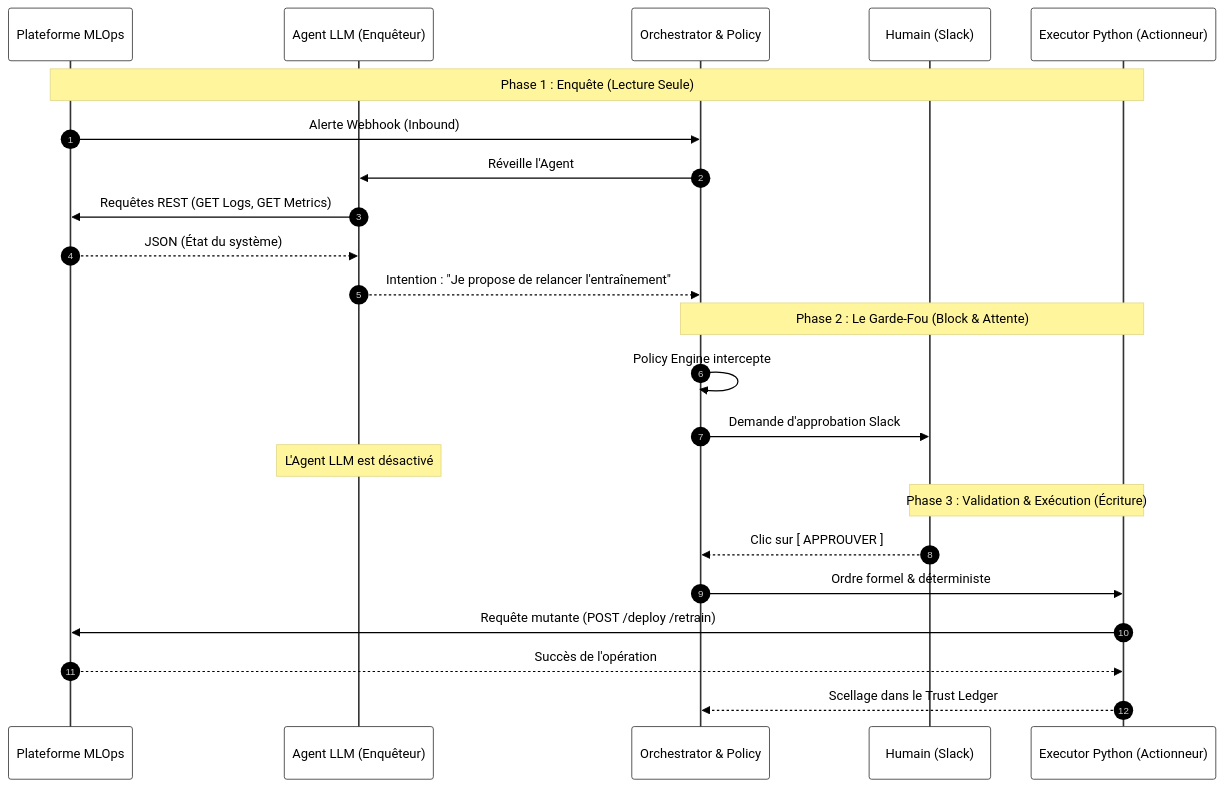
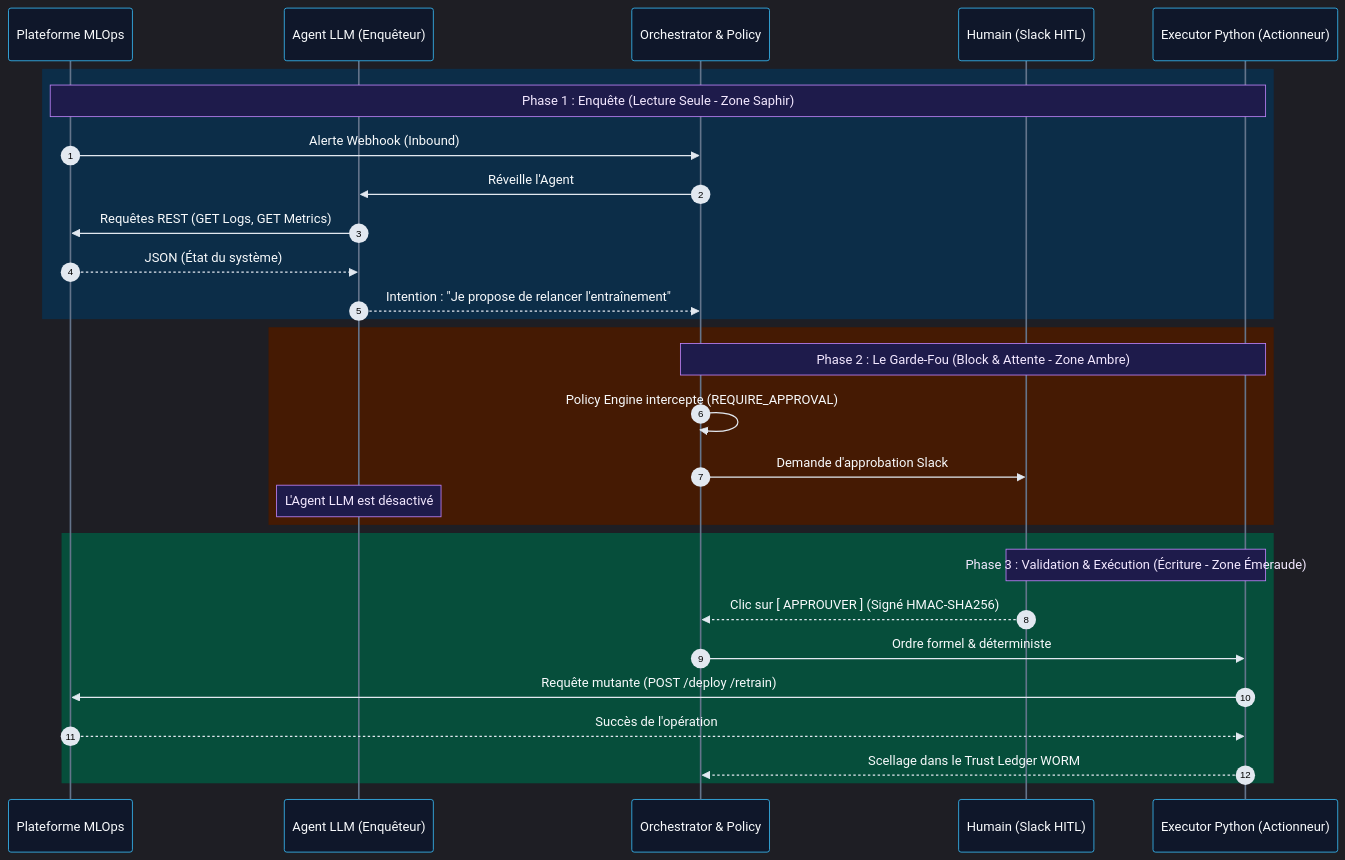
One commit to nolll77/agentic-ops changed the second of 3 diagrams in README_FR.md. Above: the diagram before and after it, drawn with Mermaid. The commit also changed other lines of this file and 1 other file, not shown here.

Commit message:
style(mermaid): apply semantic Dark-Mode color palette across all sequence and flowchart diagrams in README.md and README_FR.md

````diff
--- a/README_FR.md
+++ b/README_FR.md
@@ -339,29 +346,35 @@
 ```mermaid
-%%{init: {'theme': 'base', 'themeVariables': {'primaryColor': '#ffffff', 'primaryTextColor': '#000000', 'primaryBorderColor': '#333333', 'lineColor': '#333333', 'noteBkgColor': '#fff59d', 'noteTextColor': '#000000'}}}%%
+%%{init: {'theme': 'dark', 'themeVariables': {'actorBkg': '#0f172a', 'actorBorder': '#38bdf8', 'actorTextColor': '#f8fafc', 'actorLineColor': '#64748b', 'signalColor': '#e2e8f0', 'signalTextColor': '#f8fafc', 'noteBkgColor': '#1e1b4b', 'noteBorderColor': '#c084fc', 'noteTextColor': '#f3e8ff', 'activationBkgColor': '#334155', 'activationBorderColor': '#38bdf8'}}}%%
 sequenceDiagram
     autonumber
     participant Platform as Plateforme MLOps
     participant Agent as Agent LLM (Enquêteur)
     participant FSM as Orchestrator & Policy
-    participant Human as Humain (Slack)
+    participant Human as Humain (Slack HITL)
     participant Exec as Executor Python (Actionneur)
 
-    Note over Platform, Exec: Phase 1 : Enquête (Lecture Seule)
+    rect rgb(12, 45, 72)
+    Note over Platform, Exec: Phase 1 : Enquête (Lecture Seule - Zone Saphir)
     Platform->>FSM: Alerte Webhook (Inbound)
     FSM->>Agent: Réveille l'Agent
     Agent->>Platform: Requêtes REST (GET Logs, GET Metrics)
     Platform-->>Agent: JSON (État du système)
     Agent-->>FSM: Intention : "Je propose de relancer l'entraînement"
+    end
 
-    Note over FSM, Exec: Phase 2 : Le Garde-Fou (Block & Attente)
-    FSM->>FSM: Policy Engine intercepte
+    rect rgb(69, 26, 3)
+    Note over FSM, Exec: Phase 2 : Le Garde-Fou (Block & Attente - Zone Ambre)
+    FSM->>FSM: Policy Engine intercepte (REQUIRE_APPROVAL)
     FSM->>Human: Demande d'approbation Slack
     Note over Agent: L'Agent LLM est désactivé
+    end
     
-    Note over Human, Exec: Phase 3 : Validation & Exécution (Écriture)
-    Human-->>FSM: Clic sur [ APPROUVER ]
+    rect rgb(6, 78, 59)
+    Note over Human, Exec: Phase 3 : Validation & Exécution (Écriture - Zone Émeraude)
+    Human-->>FSM: Clic sur [ APPROUVER ] (Signé HMAC-SHA256)
     FSM->>Exec: Ordre formel & déterministe
     Exec->>Platform: Requête mutante (POST /deploy /retrain)
     Platform-->>Exec: Succès de l'opération
-    Exec-->>FSM: Scellage dans le Trust Ledger
+    Exec-->>FSM: Scellage dans le Trust Ledger WORM
+    end
 ```
````
